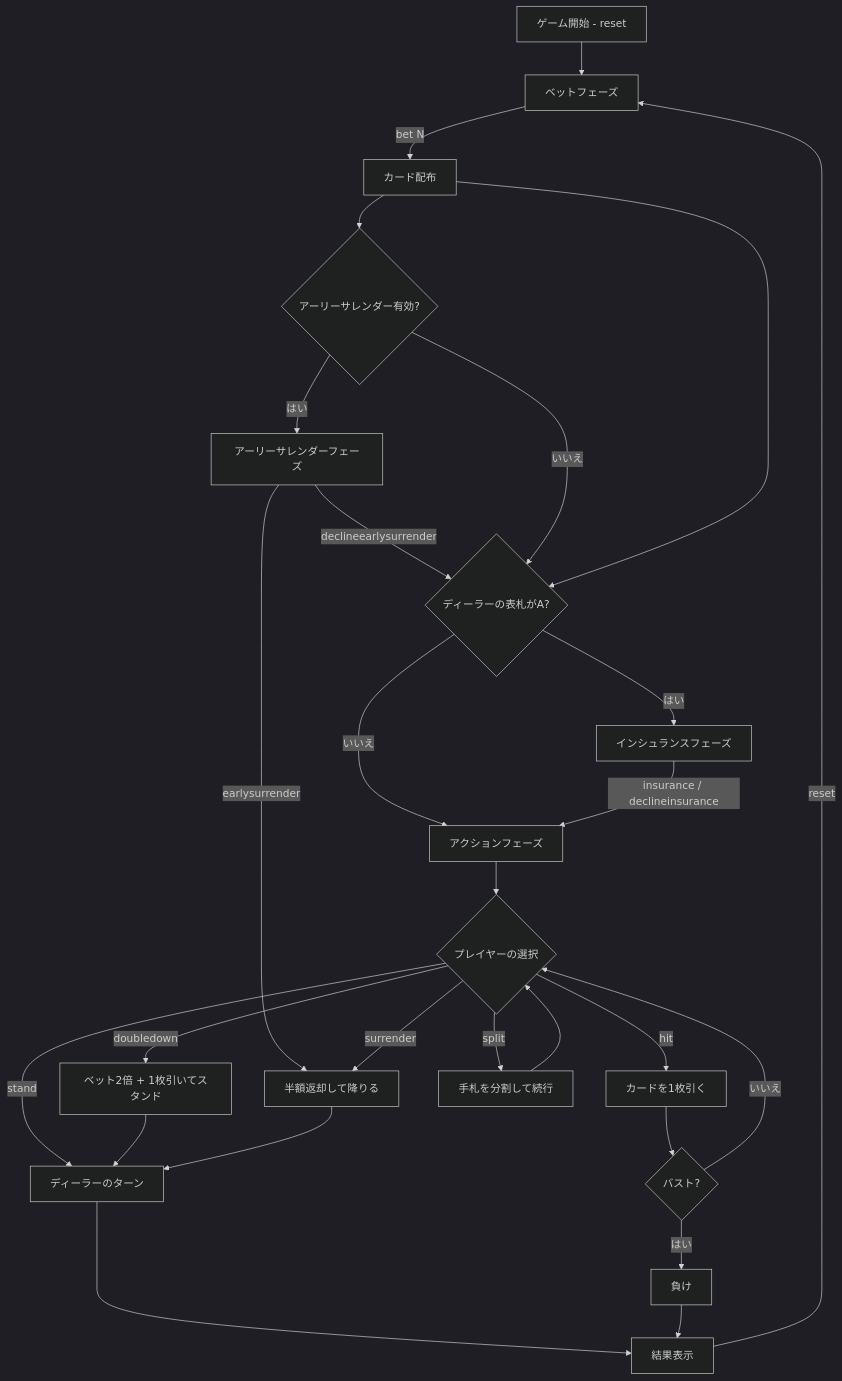
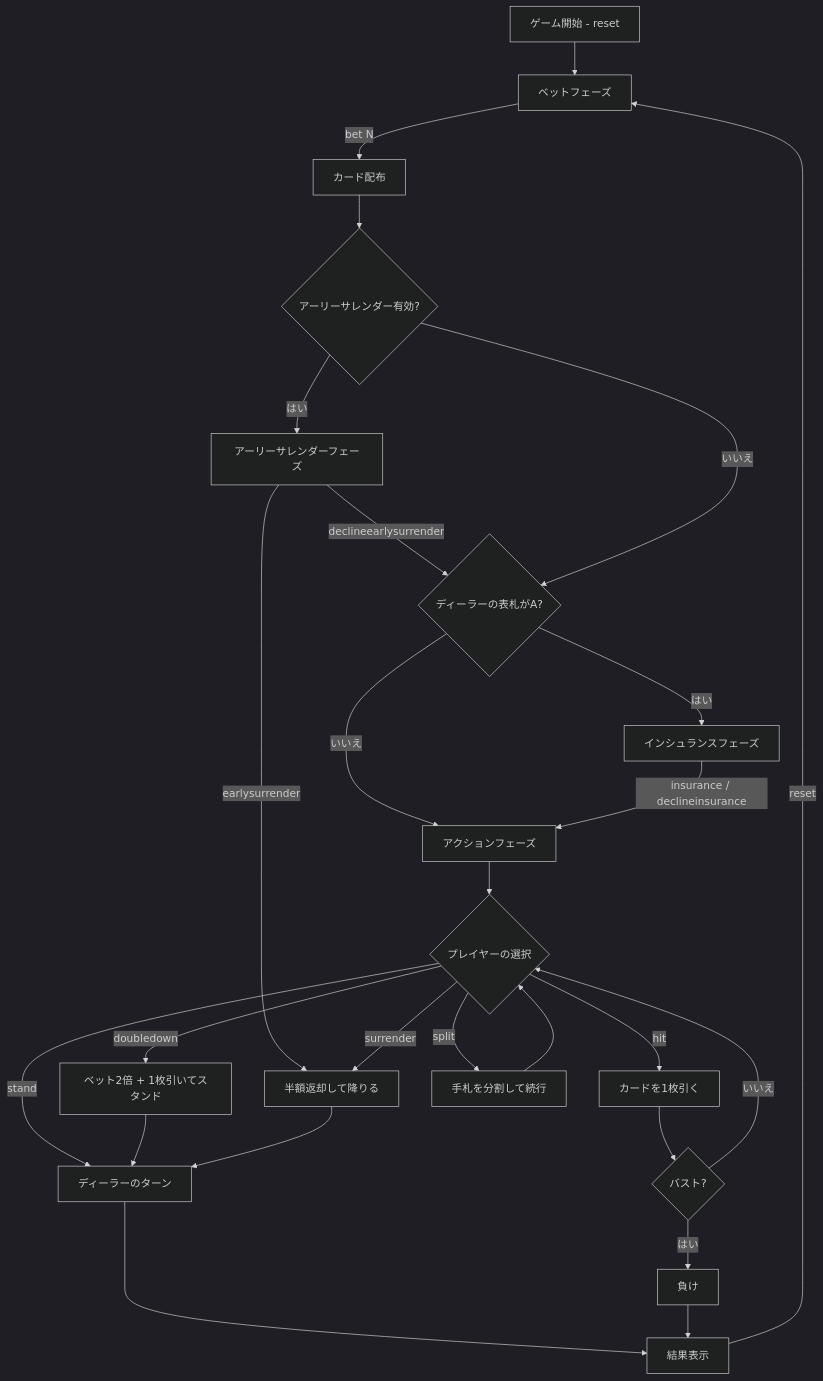
The diagram in docs/manual/cui/blackjack.md (yuta-yoshinaga/go_trumpcards), drawn with Mermaid (dark theme) before and after one commit. The commit also changed 1 other file, not shown here.

Commit message:
docs(blackjack): fix flowchart redundant arrows in surrender docs
Remove duplicate C-->D arrows in CUI and Web manual flowcharts,
merging the node definition into the early surrender branch.

````diff
--- a/docs/manual/cui/blackjack.md
+++ b/docs/manual/cui/blackjack.md
@@ -38,29 +38,28 @@
 ```mermaid
 flowchart TD
     A[ゲーム開始 - reset] --> B[ベットフェーズ]
     B -->|bet N| C[カード配布]
     C --> ES{アーリーサレンダー有効?}
     ES -->|はい| ESF[アーリーサレンダーフェーズ]
     ESF -->|earlysurrender| O
     ESF -->|declineearlysurrender| D
-    ES -->|いいえ| D
-    C --> D{ディーラーの表札がA?}
+    ES -->|いいえ| D{ディーラーの表札がA?}
     D -->|はい| E[インシュランスフェーズ]
     D -->|いいえ| F[アクションフェーズ]
     E -->|insurance / declineinsurance| F
     F --> G{プレイヤーの選択}
     G -->|hit| H[カードを1枚引く]
     H --> I{バスト?}
     I -->|はい| J[負け]
     I -->|いいえ| G
     G -->|stand| K[ディーラーのターン]
     G -->|doubledown| L[ベット2倍 + 1枚引いてスタンド]
     L --> K
     G -->|split| M[手札を分割して続行]
     M --> G
     G -->|surrender| O[半額返却して降りる]
     O --> K
     K --> N[結果表示]
     J --> N
     N -->|reset| B
 ```
````
